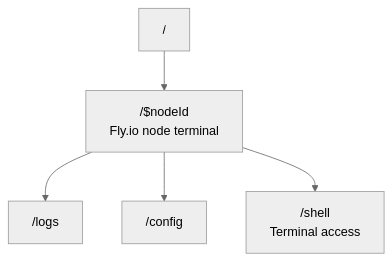
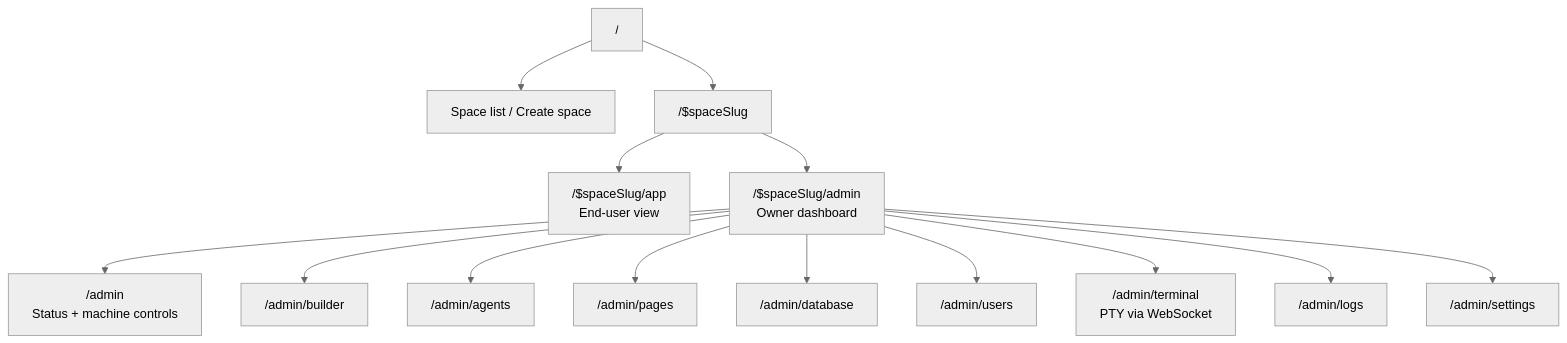
One commit to lmthing/lmthing changed the diagram in space/README.md. Above: the diagram before and after it, drawn with Mermaid (neutral theme). The commit also changed other lines of this file and 23 other files, not shown here.

````diff
--- a/space/README.md
+++ b/space/README.md
@@ -11,7 +11,16 @@
 ```mermaid
 graph TD
-    Root["/"] --> Node["/$nodeId<br/>Fly.io node terminal"]
-    Node --> Logs["/logs"]
-    Node --> Config["/config"]
-    Node --> Shell["/shell<br/>Terminal access"]
+    Root["/"] --> SpaceList["Space list / Create space"]
+    Root --> Space["/$spaceSlug"]
+    Space --> App["/$spaceSlug/app<br/>End-user view"]
+    Space --> Admin["/$spaceSlug/admin<br/>Owner dashboard"]
+    Admin --> Overview["/admin<br/>Status + machine controls"]
+    Admin --> Builder["/admin/builder"]
+    Admin --> Agents["/admin/agents"]
+    Admin --> Pages["/admin/pages"]
+    Admin --> Database["/admin/database"]
+    Admin --> Users["/admin/users"]
+    Admin --> Terminal["/admin/terminal<br/>PTY via WebSocket"]
+    Admin --> Logs["/admin/logs"]
+    Admin --> Settings["/admin/settings"]
 ```
````
